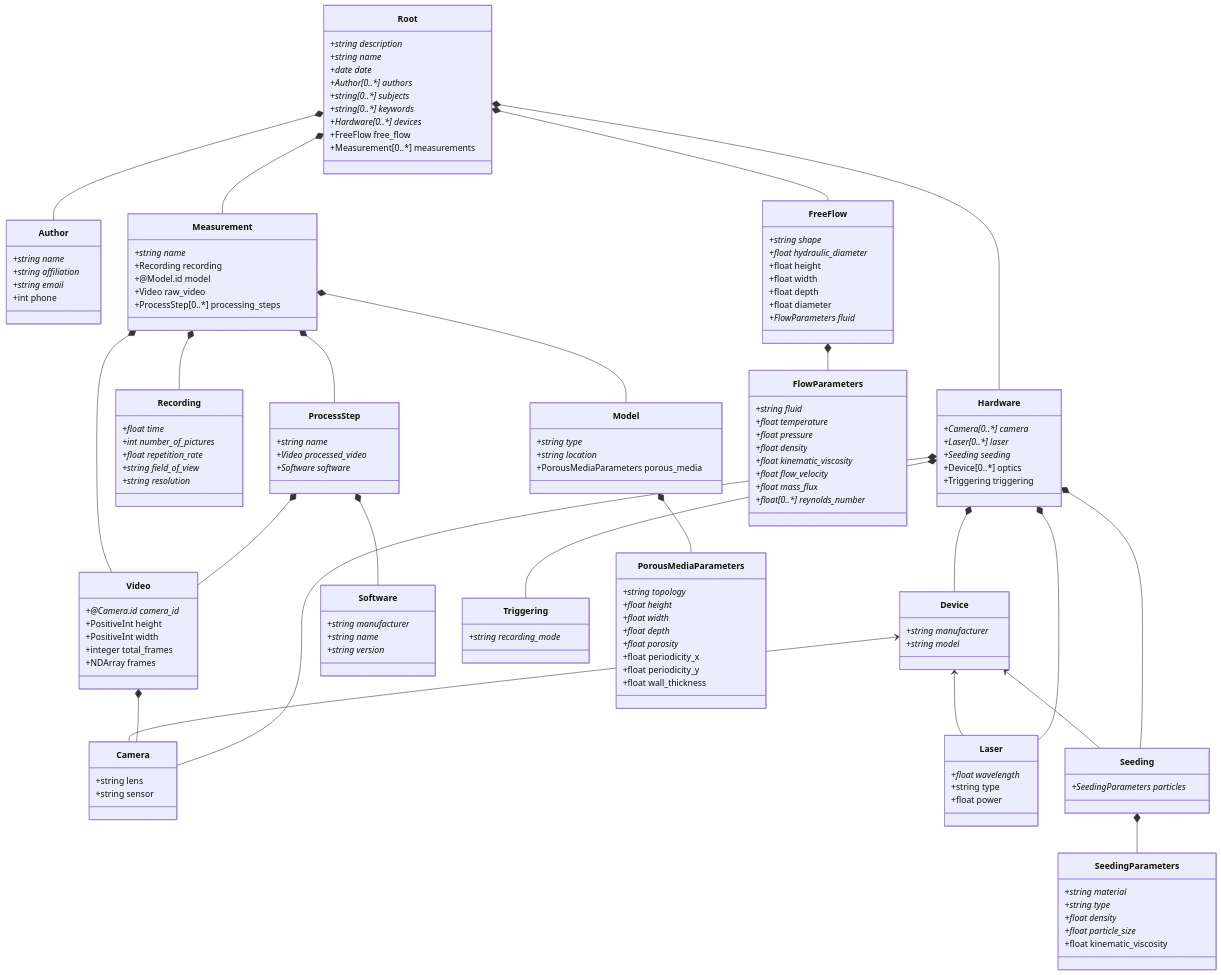
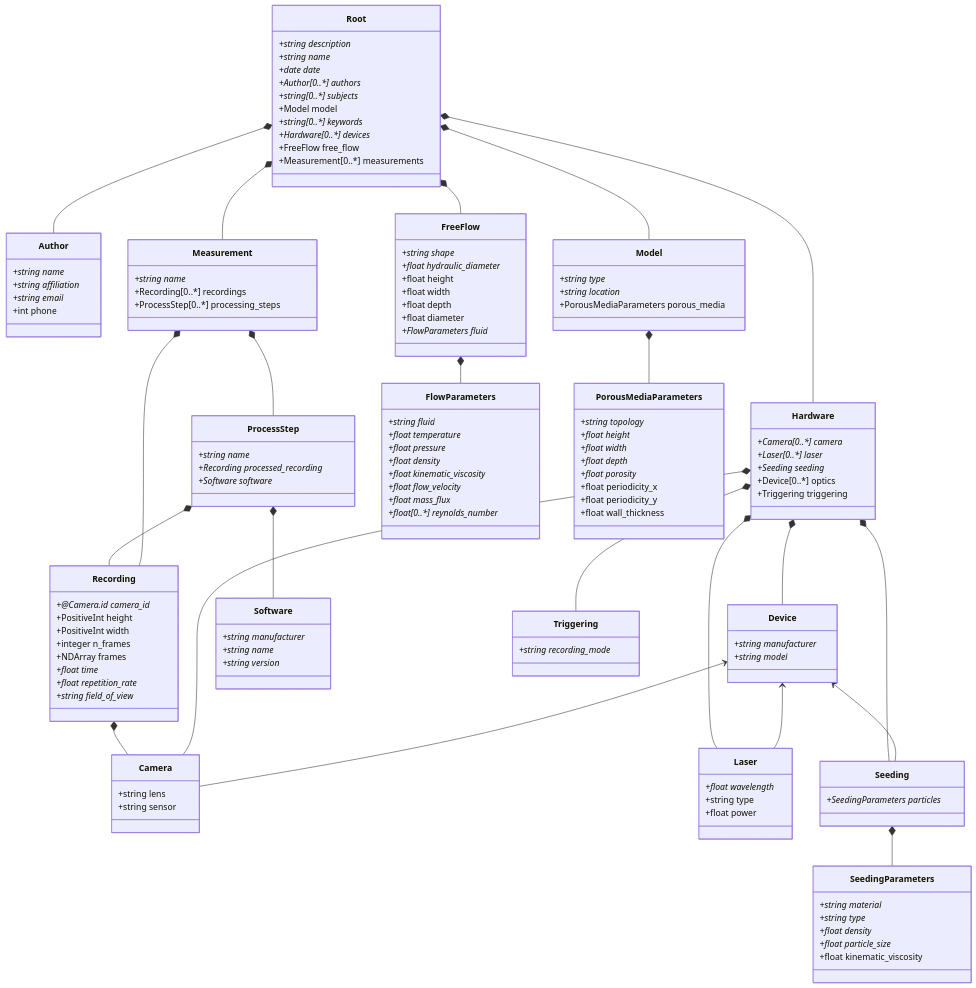
One commit to SimTech-Research-Data-Management/porous-media-flow-model changed the diagram in PorousPy/schemes/Dataset EXC2075 PN1-3.md. Above: the diagram before and after it, drawn with Mermaid. The commit also changed 6 other files, not shown here.

````diff
--- a/PorousPy/schemes/Dataset EXC2075 PN1-3.md
+++ b/PorousPy/schemes/Dataset EXC2075 PN1-3.md
@@ -4,15 +4,13 @@
     Device <-- Laser
     Device <-- Seeding
     Root *-- Author
+    Root *-- Model
     Root *-- Hardware
     Root *-- FreeFlow
     Root *-- Measurement
     Measurement *-- Recording
-    Measurement *-- Model
-    Measurement *-- Video
     Measurement *-- ProcessStep
-    Video *-- Camera
-    ProcessStep *-- Video
+    ProcessStep *-- Recording
     ProcessStep *-- Software
     Hardware *-- Camera
     Hardware *-- Laser
@@ -22,6 +20,7 @@
     Seeding *-- SeedingParameters
     FreeFlow *-- FlowParameters
     Model *-- PorousMediaParameters
+    Recording *-- Camera
     
     class Root {
         +string description*
@@ -29,6 +28,7 @@
         +date date*
         +Author[0..*] authors*
         +string[0..*] subjects*
+        +Model model
         +string[0..*] keywords*
         +Hardware[0..*] devices*
         +FreeFlow free_flow
@@ -44,23 +44,13 @@
     
     class Measurement {
         +string name*
-        +Recording recording
-        +@Model.id model
-        +Video raw_video
+        +Recording[0..*] recordings
         +ProcessStep[0..*] processing_steps
-    }
-    
-    class Video {
-        +@Camera.id camera_id*
-        +PositiveInt height
-        +PositiveInt width
-        +integer total_frames
-        +NDArray frames
     }
     
     class ProcessStep {
         +string name*
-        +Video processed_video*
+        +Recording processed_recording*
         +Software software*
     }
     
@@ -149,11 +139,14 @@
     }
     
     class Recording {
+        +@Camera.id camera_id*
+        +PositiveInt height
+        +PositiveInt width
+        +integer n_frames
+        +NDArray frames
         +float time*
-        +int number_of_pictures*
         +float repetition_rate*
         +string field_of_view*
-        +string resolution*
     }
     
 ```
````
